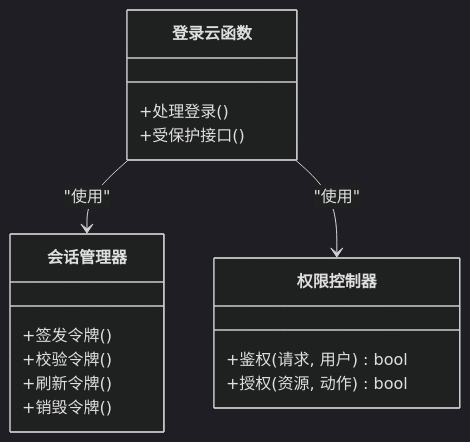
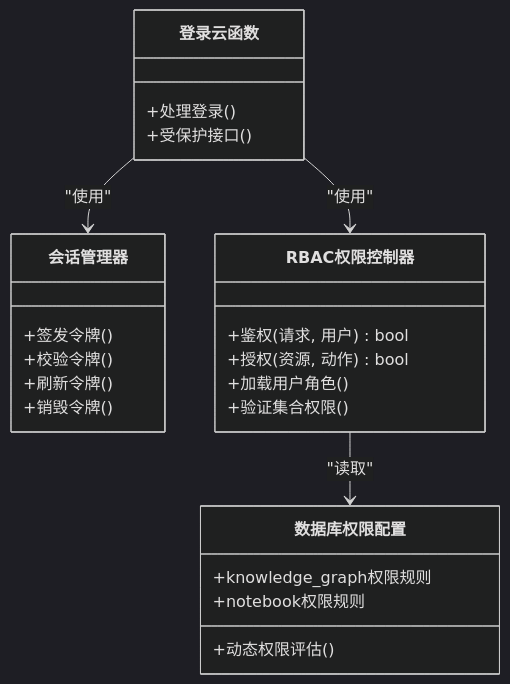
Before and after one commit to cwb7756/bio: the fourth of 6 diagrams in .qoder/repowiki/zh/content/架构设计/安全架构设计.md, drawn with Mermaid (dark theme). The commit also changed other lines of this file and 14 other files, not shown here.

First line of the commit message:
feat(knowledgeMap): 增强知识图谱功能，新增种子数据生成器

````diff
--- a/.qoder/repowiki/zh/content/架构设计/安全架构设计.md
+++ b/.qoder/repowiki/zh/content/架构设计/安全架构设计.md
@@ -136,19 +175,27 @@
 ```mermaid
 classDiagram
 class 会话管理器 {
 +签发令牌()
 +校验令牌()
 +刷新令牌()
 +销毁令牌()
 }
-class 权限控制器 {
+class RBAC权限控制器 {
 +鉴权(请求, 用户) bool
 +授权(资源, 动作) bool
++加载用户角色()
++验证集合权限()
 }
 class 登录云函数 {
 +处理登录()
 +受保护接口()
 }
+class 数据库权限配置 {
++knowledge_graph权限规则
++notebook权限规则
++动态权限评估()
+}
 登录云函数 --> 会话管理器 : "使用"
-登录云函数 --> 权限控制器 : "使用"
+登录云函数 --> RBAC权限控制器 : "使用"
+RBAC权限控制器 --> 数据库权限配置 : "读取"
 ```
````
